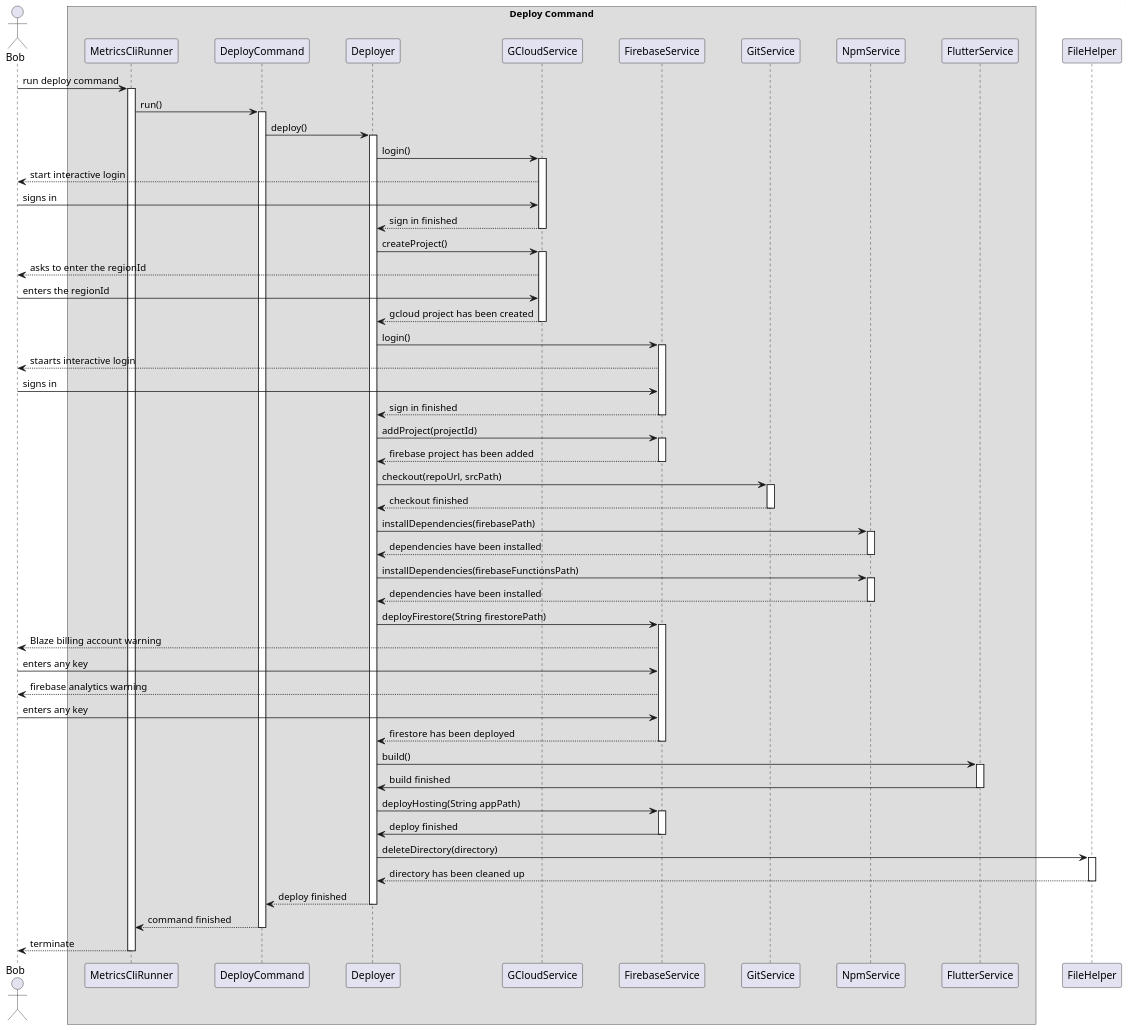
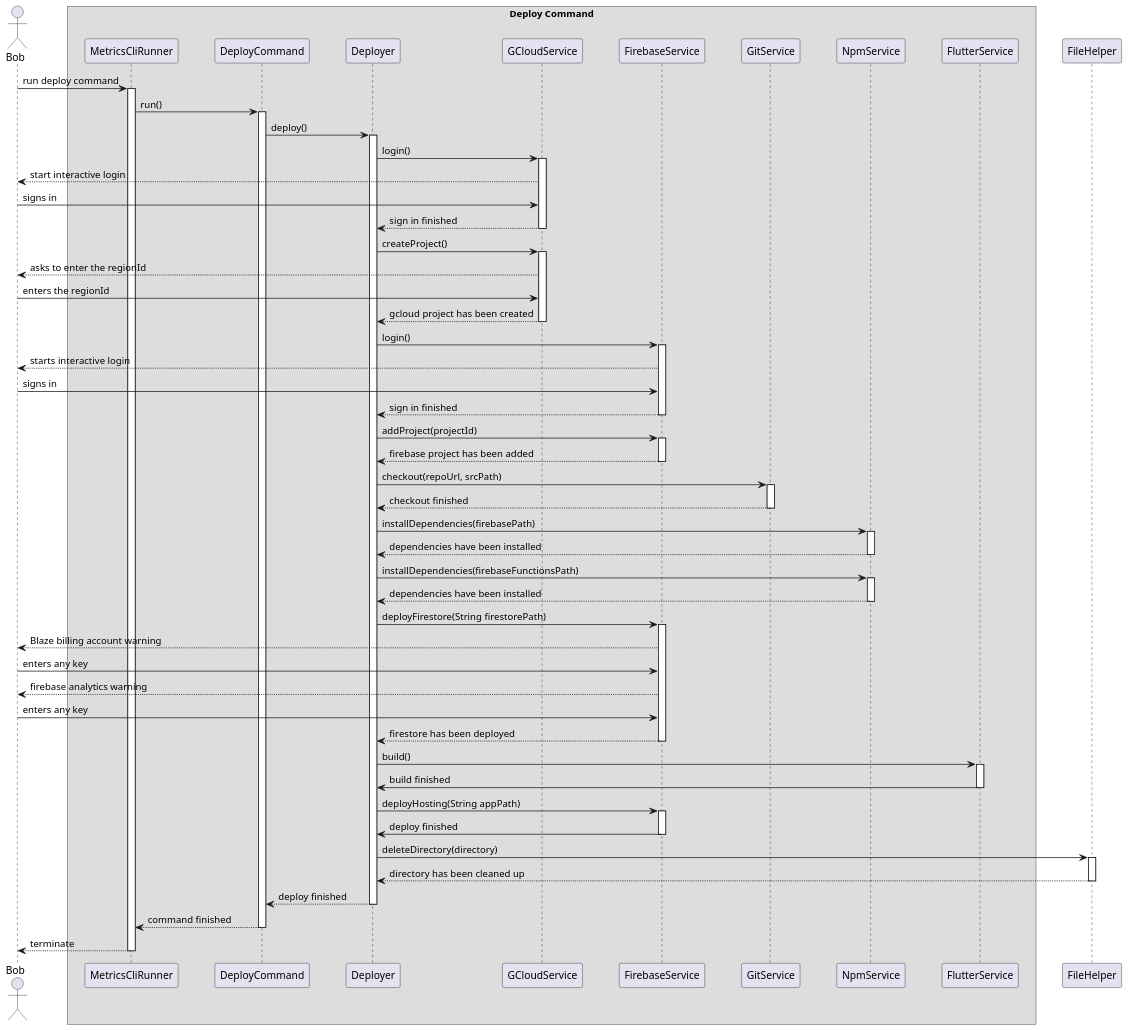
The diagram in metrics/cli/docs/diagrams/deploy_command_sequence_diagram.puml (Flank/flank-dashboard), drawn with PlantUML before and after one commit. The commit also changed 1 other file, not shown here.

```diff
--- a/metrics/cli/docs/diagrams/deploy_command_sequence_diagram.puml
+++ b/metrics/cli/docs/diagrams/deploy_command_sequence_diagram.puml
@@ -1,89 +1,89 @@
 @startuml deploy_command_sequence_diagram
 
 scale 1900 height
 
 skinparam ParticipantPadding 20
 skinparam BoxPadding 10
 
 actor Bob
 
 box Deploy Command
 participant MetricsCliRunner
 participant DeployCommand
 participant Deployer
 participant GCloudService
 participant FirebaseService
 participant GitService
 participant NpmService
 participant FlutterService
 end box
 
 
 participant FileHelper
 
 Bob -> MetricsCliRunner ++ : run deploy command
 MetricsCliRunner -> DeployCommand ++ : run()
 DeployCommand -> Deployer ++ : deploy()
 Deployer -> GCloudService ++ : login()
 
 GCloudService --> Bob : start interactive login
 Bob -> GCloudService : signs in
 GCloudService --> Deployer : sign in finished
 GCloudService --
 
 Deployer -> GCloudService ++ : createProject()
 
 GCloudService --> Bob : asks to enter the regionId
 Bob -> GCloudService : enters the regionId
 
 GCloudService --> Deployer -- : gcloud project has been created
 
 Deployer -> FirebaseService ++ : login()
-FirebaseService --> Bob : staarts interactive login
+FirebaseService --> Bob : starts interactive login
 Bob -> FirebaseService : signs in
 FirebaseService --> Deployer -- : sign in finished
 
 Deployer -> FirebaseService ++ : addProject(projectId)
 
 FirebaseService --> Deployer -- : firebase project has been added
 
 Deployer -> GitService ++ : checkout(repoUrl, srcPath)
 GitService --> Deployer : checkout finished
 GitService --
 
 
 Deployer -> NpmService ++ : installDependencies(firebasePath)
 NpmService --> Deployer : dependencies have been installed
 NpmService --
 
 Deployer -> NpmService ++ : installDependencies(firebaseFunctionsPath)
 NpmService --> Deployer : dependencies have been installed
 NpmService --
 
 Deployer -> FirebaseService ++ : deployFirestore(String firestorePath)
 
 FirebaseService --> Bob : Blaze billing account warning
 Bob -> FirebaseService : enters any key
 
 FirebaseService --> Bob : firebase analytics warning
 Bob -> FirebaseService : enters any key
 
 FirebaseService --> Deployer -- : firestore has been deployed
 
 
 Deployer -> FlutterService ++ : build()
 FlutterService -> Deployer : build finished
 FlutterService --
 
 Deployer -> FirebaseService ++ : deployHosting(String appPath)
 FirebaseService -> Deployer : deploy finished
 FirebaseService --
 
 Deployer -> FileHelper ++: deleteDirectory(directory)
 FileHelper --> Deployer --: directory has been cleaned up
 Deployer --> DeployCommand --: deploy finished
 DeployCommand --> MetricsCliRunner --: command finished
 MetricsCliRunner --> Bob -- : terminate
 MetricsCliRunner --
 
 @enduml
```
